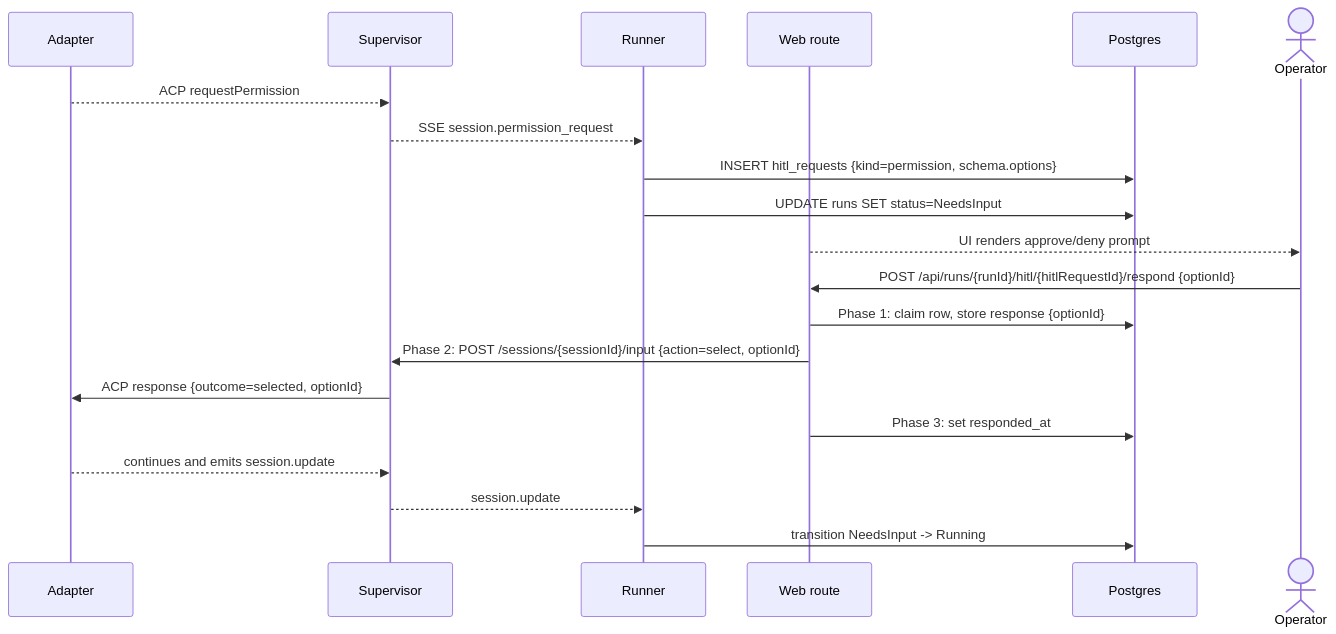
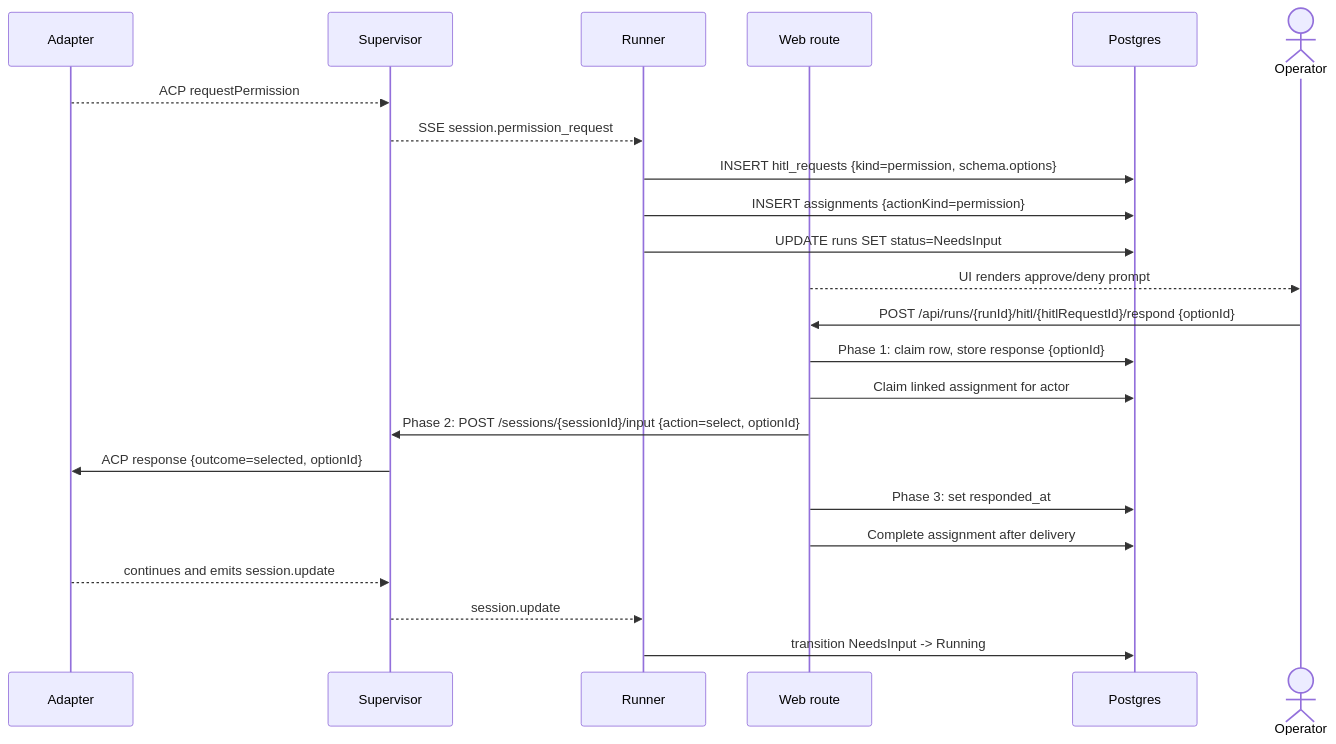
Before and after one commit to maister-dev/maister: the third of 8 diagrams in docs/system-analytics/hitl.md, drawn with Mermaid. The commit also changed other lines of this file and 65 other files, not shown here.

````diff
--- a/docs/system-analytics/hitl.md
+++ b/docs/system-analytics/hitl.md
@@ -71,23 +74,26 @@
 ```mermaid
 sequenceDiagram
     participant A as Adapter
     participant SV as Supervisor
     participant R as Runner
     participant W as Web route
     participant DB as Postgres
     actor U as Operator
 
     A-->>SV: ACP requestPermission
     SV-->>R: SSE session.permission_request
     R->>DB: INSERT hitl_requests {kind=permission, schema.options}
+    R->>DB: INSERT assignments {actionKind=permission}
     R->>DB: UPDATE runs SET status=NeedsInput
     W-->>U: UI renders approve/deny prompt
     U->>W: POST /api/runs/{runId}/hitl/{hitlRequestId}/respond {optionId}
     W->>DB: Phase 1: claim row, store response {optionId}
+    W->>DB: Claim linked assignment for actor
     W->>SV: Phase 2: POST /sessions/{sessionId}/input {action=select, optionId}
     SV->>A: ACP response {outcome=selected, optionId}
     W->>DB: Phase 3: set responded_at
+    W->>DB: Complete assignment after delivery
     A-->>SV: continues and emits session.update
     SV-->>R: session.update
     R->>DB: transition NeedsInput -> Running
 ```
````
